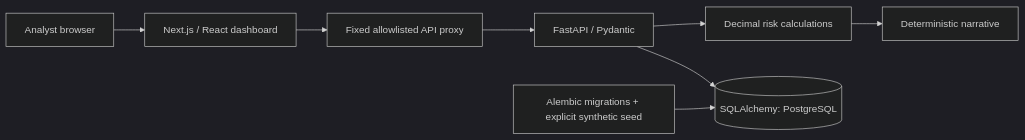
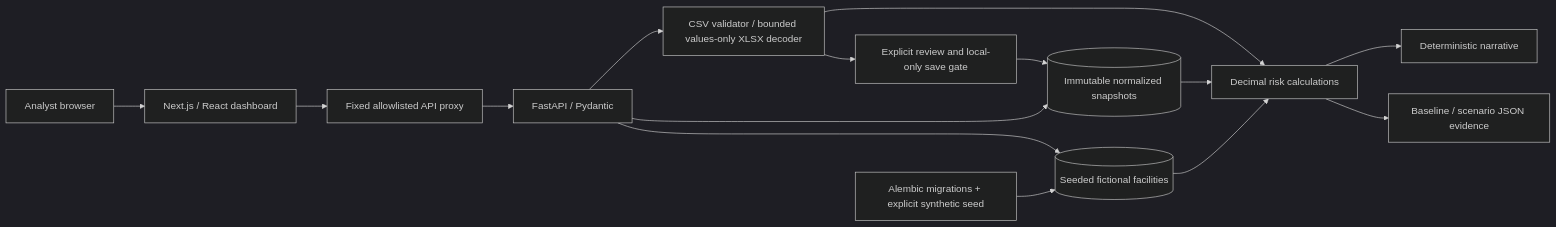
The diagram in docs/ARCHITECTURE.md (animeshpthk07/AegisRisk), drawn with Mermaid (dark theme) before and after one commit. The commit also changed other lines of this file and 12 other files, not shown here.

Commit message:
feat: add bounded values-only Excel imports with reviewed snapshots

````diff
--- a/docs/ARCHITECTURE.md
+++ b/docs/ARCHITECTURE.md
@@ -3,10 +3,17 @@
 ```mermaid
 flowchart LR
     U[Analyst browser] --> W[Next.js / React dashboard]
     W --> P[Fixed allowlisted API proxy]
     P --> A[FastAPI / Pydantic]
-    A --> R[Decimal risk calculations]
-    A --> D[(SQLAlchemy: PostgreSQL)]
-    M[Alembic migrations + explicit synthetic seed] --> D
+    A --> V[CSV validator / bounded values-only XLSX decoder]
+    V --> R[Decimal risk calculations]
+    V --> S[Explicit review and local-only save gate]
+    S --> D[(Immutable normalized snapshots)]
+    A --> D
+    A --> F[(Seeded fictional facilities)]
+    D --> R
+    F --> R
     R --> E[Deterministic narrative]
+    R --> J[Baseline / scenario JSON evidence]
+    M[Alembic migrations + explicit synthetic seed] --> F
 ```
````
